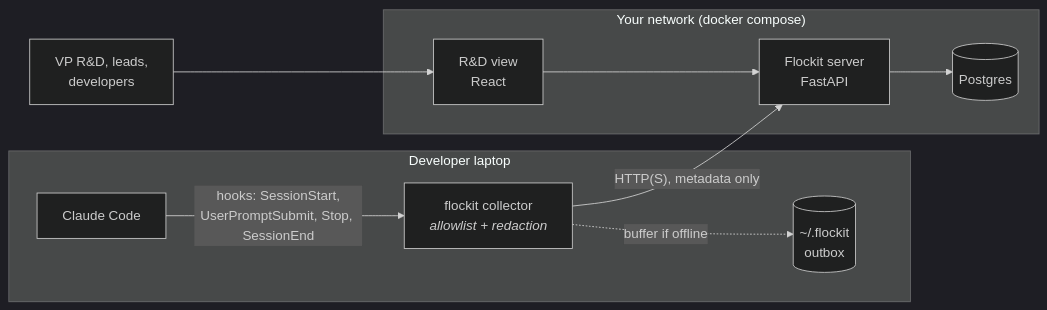
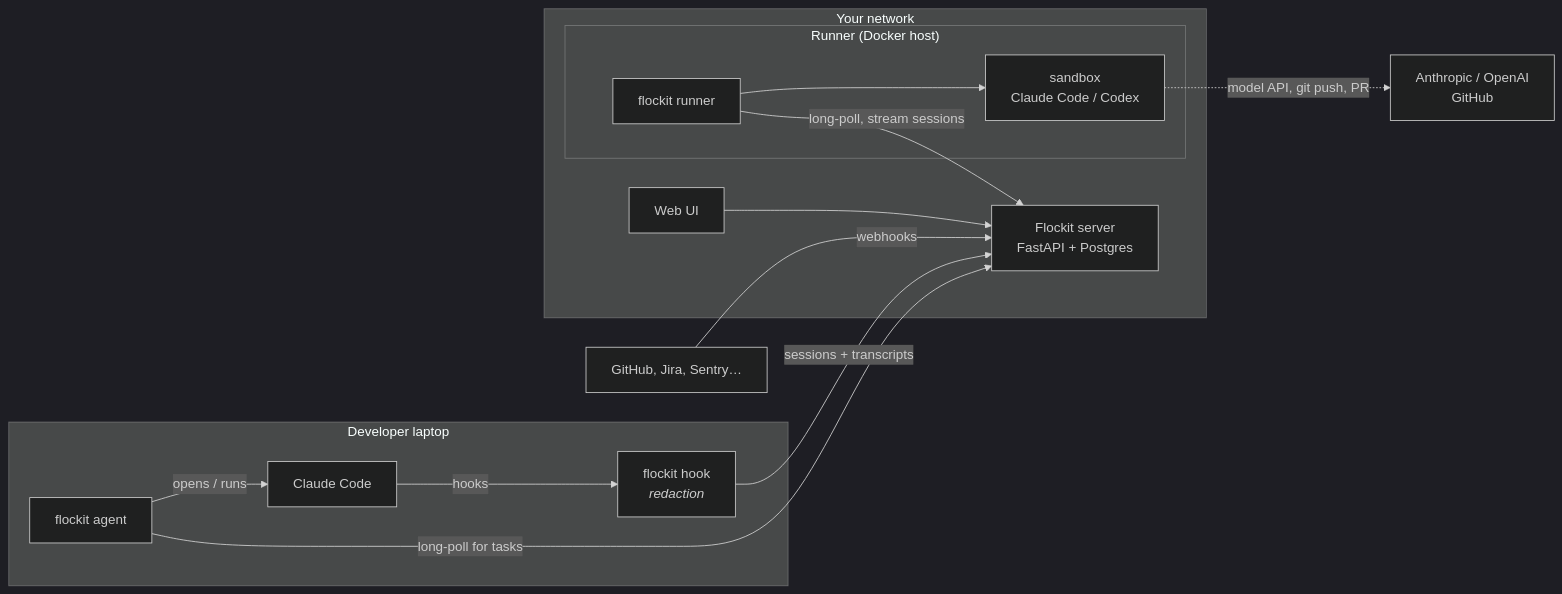
The diagram in README.md (giladlevy1/flockit), drawn with Mermaid (dark theme) before and after one commit. The commit also changed other lines of this file and 23 other files, not shown here.

````diff
--- a/README.md
+++ b/README.md
@@ -86,13 +109,19 @@
 ```mermaid
 flowchart LR
     subgraph laptop["Developer laptop"]
-        CC["Claude Code"] -- "hooks: SessionStart,<br/>UserPromptSubmit, Stop, SessionEnd" --> C["flockit collector<br/><i>allowlist + redaction</i>"]
-        C -. "buffer if offline" .-> OB[("~/.flockit<br/>outbox")]
+        CC["Claude Code"] -- "hooks" --> C["flockit hook<br/><i>redaction</i>"]
+        A["flockit agent"] -- "opens / runs" --> CC
     end
-    subgraph net["Your network (docker compose)"]
-        API["Flockit server<br/>FastAPI"] --> DB[("Postgres")]
-        UI["R&D view<br/>React"] --> API
+    subgraph net["Your network"]
+        API["Flockit server<br/>FastAPI + Postgres"]
+        UI["Web UI"] --> API
+        subgraph runner["Runner (Docker host)"]
+            R["flockit runner"] --> SB["sandbox<br/>Claude Code / Codex"]
+        end
     end
-    C -- "HTTP(S), metadata only" --> API
-    Lead["VP R&D, leads,<br/>developers"] --> UI
+    C -- "sessions + transcripts" --> API
+    A -- "long-poll for tasks" --> API
+    R -- "long-poll, stream sessions" --> API
+    SB -. "model API, git push, PR" .-> EXT["Anthropic / OpenAI<br/>GitHub"]
+    WH["GitHub, Jira, Sentry…"] -- "webhooks" --> API
 ```
````
